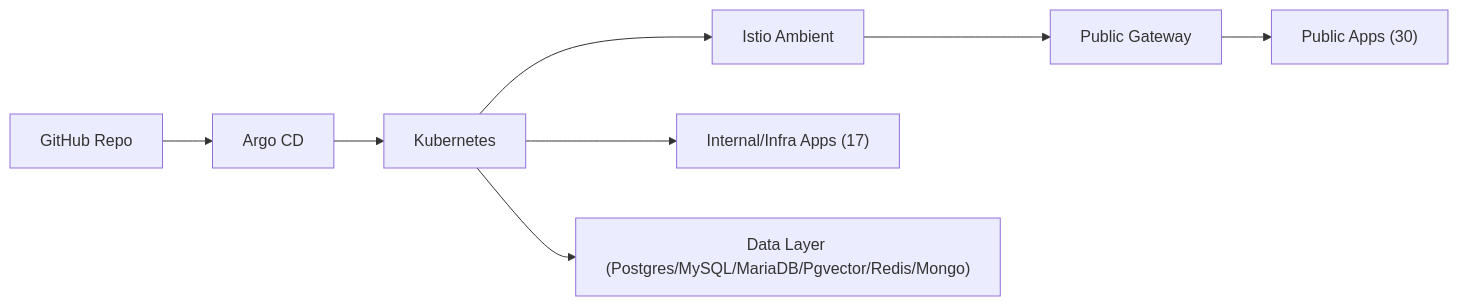
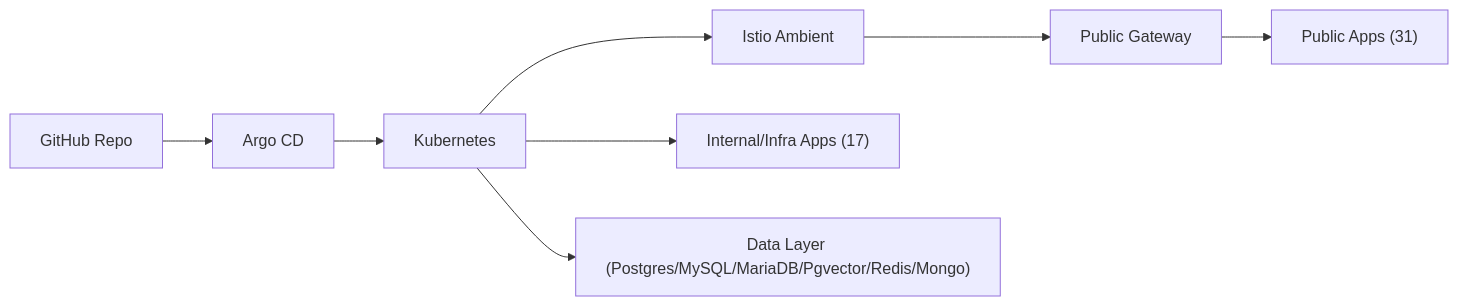
Before and after one commit to noeulnight/homelab: the diagram in README.md, drawn with Mermaid. The commit also changed other lines of this file and 6 other files, not shown here.

````diff
--- a/README.md
+++ b/README.md
@@ -13,10 +13,10 @@
 ```mermaid
 flowchart LR
   GitHub["GitHub Repo"] --> Argo["Argo CD"]
   Argo --> K8s["Kubernetes"]
   K8s --> Istio["Istio Ambient"]
   Istio --> Gateway["Public Gateway"]
-  Gateway --> PublicApps["Public Apps (30)"]
+  Gateway --> PublicApps["Public Apps (31)"]
   K8s --> InternalApps["Internal/Infra Apps (17)"]
   K8s --> Data["Data Layer (Postgres/MySQL/MariaDB/Pgvector/Redis/Mongo)"]
 ```
````
